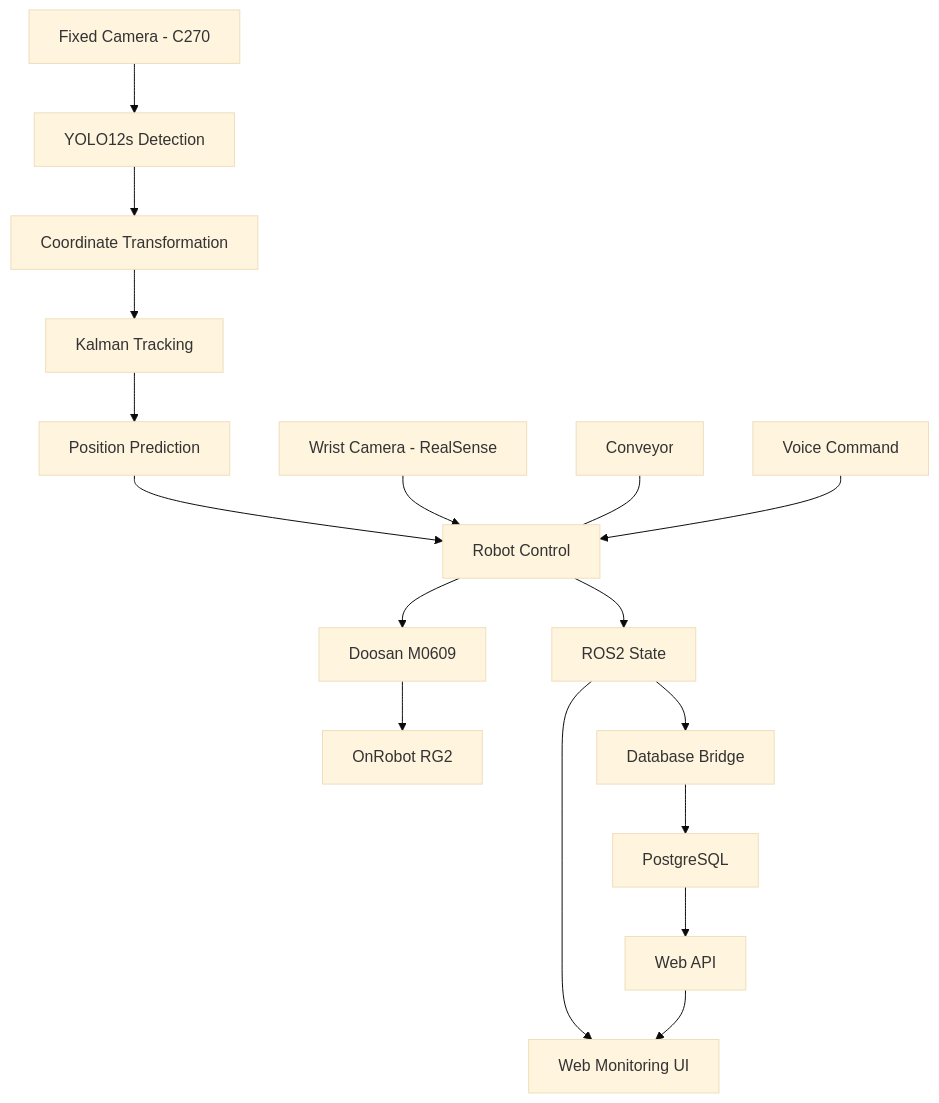
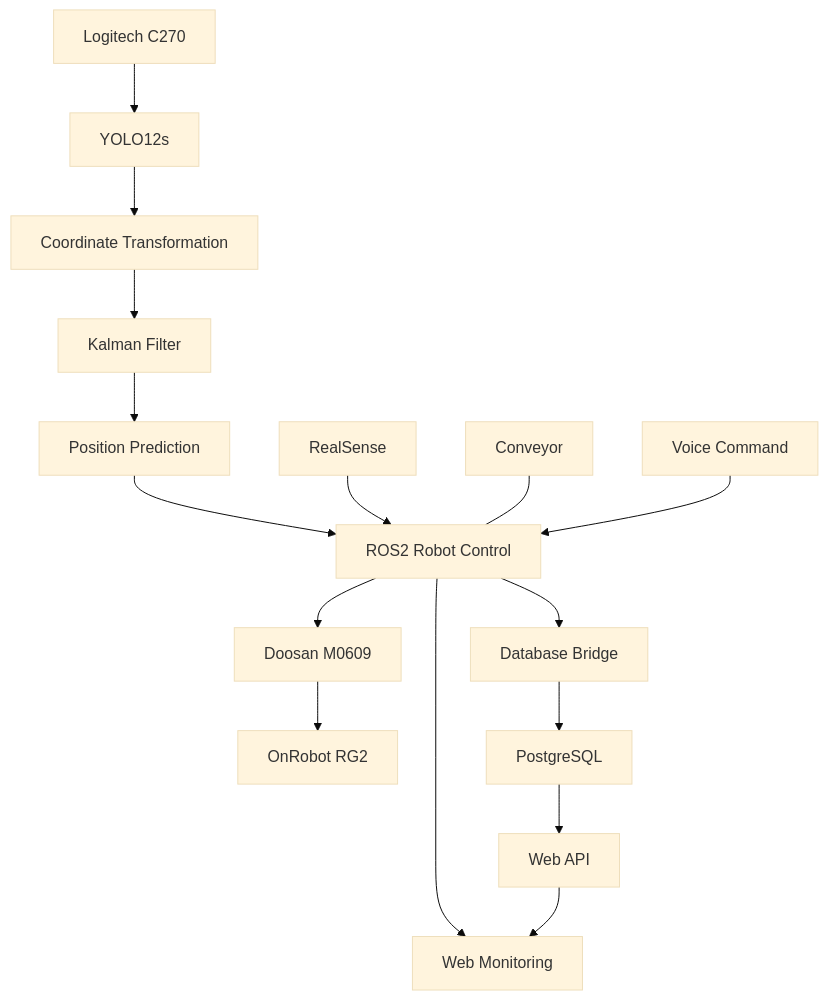
One commit to gmltjd0725-hue/yolo-main changed the diagram in README.md. Above: the diagram before and after it, drawn with Mermaid (base theme). The commit also changed other lines of this file, not shown here.

````diff
--- a/README.md
+++ b/README.md
@@ -155,19 +81,18 @@
 ```mermaid
 flowchart TD
-    A["Fixed Camera - C270"] --> B["YOLO12s Detection"]
-    B --> C["Coordinate Transformation"]
-    C --> D["Kalman Tracking"]
-    D --> E["Position Prediction"]
-    E --> F["Robot Control"]
-    F --> G["Doosan M0609"]
-    G --> H["OnRobot RG2"]
-    I["Wrist Camera - RealSense"] --> F
-    J["Conveyor"] --- F
-    K["Voice Command"] --> F
-    F --> L["ROS2 State"]
-    L --> M["Web Monitoring UI"]
-    L --> N["Database Bridge"]
-    N --> O["PostgreSQL"]
-    O --> P["Web API"]
-    P --> M
+    A[Logitech C270] --> B[YOLO12s]
+    B --> C[Coordinate Transformation]
+    C --> D[Kalman Filter]
+    D --> E[Position Prediction]
+    E --> F[ROS2 Robot Control]
+    F --> G[Doosan M0609]
+    G --> H[OnRobot RG2]
+    I[RealSense] --> F
+    J[Conveyor] --- F
+    K[Voice Command] --> F
+    F --> L[Web Monitoring]
+    F --> M[Database Bridge]
+    M --> N[PostgreSQL]
+    N --> O[Web API]
+    O --> L
 ```
````
